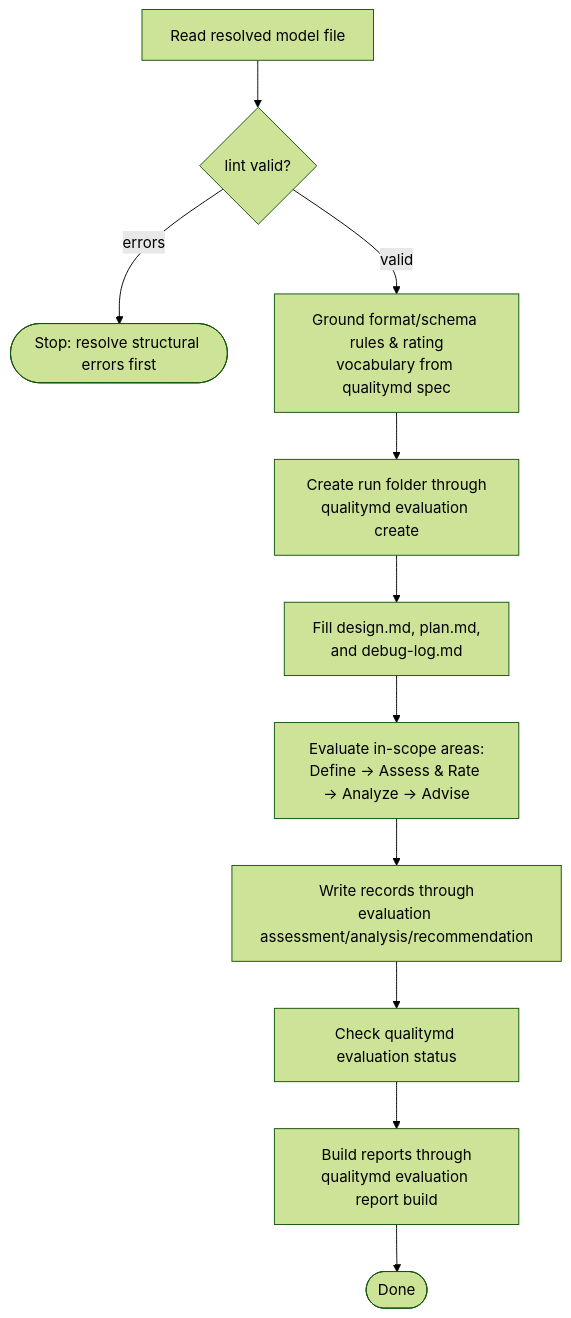
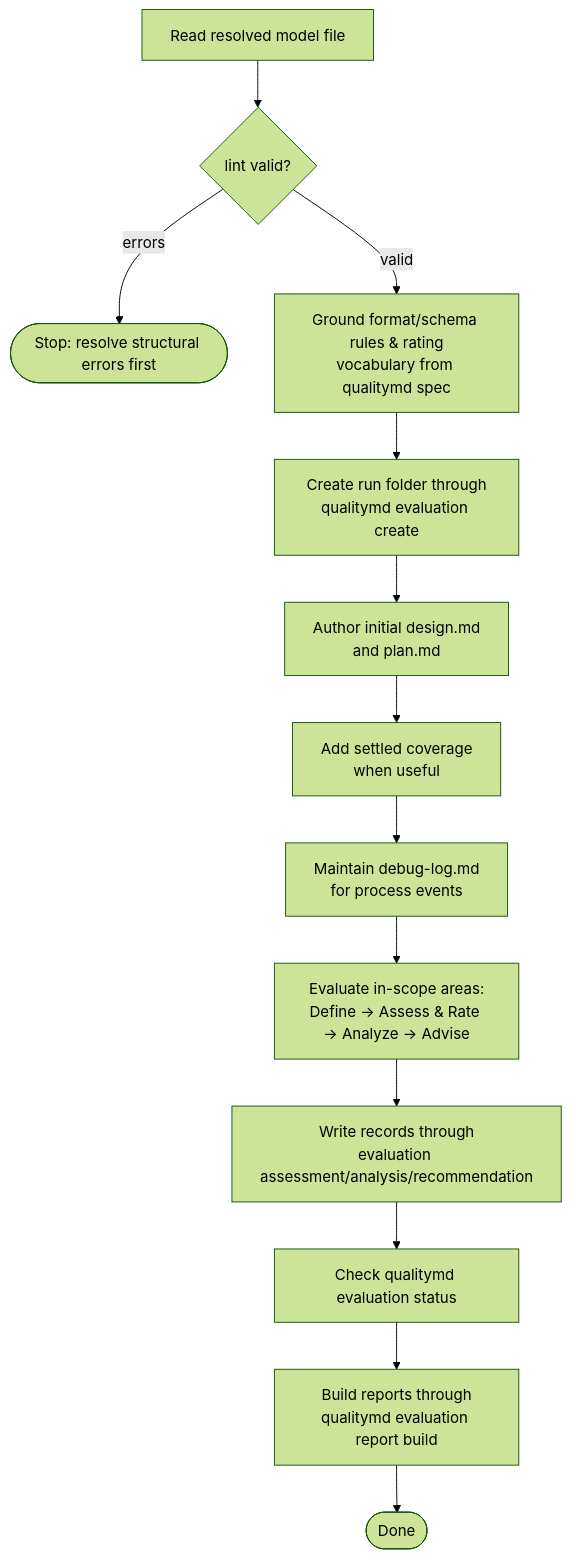
One commit to qualitymd/quality.md changed the diagram in specs/skills/quality-skill/evaluation.md. Above: the diagram before and after it, drawn with Mermaid (forest theme). The commit also changed other lines of this file and 20 other files, not shown here.

````diff
--- a/specs/skills/quality-skill/evaluation.md
+++ b/specs/skills/quality-skill/evaluation.md
@@ -48,13 +48,15 @@
 ```mermaid
 flowchart TD
     Read[Read resolved model file] --> Lint{lint valid?}
     Lint -->|errors| Stop([Stop: resolve structural errors first])
     Lint -->|valid| Ground[Ground format/schema rules &amp; rating<br/>vocabulary from qualitymd spec]
     Ground --> Run[Create run folder through<br/>qualitymd evaluation create]
-    Run --> Plan[Fill design.md, plan.md,<br/>and debug-log.md]
-    Plan --> Eval[Evaluate in-scope areas:<br/>Define → Assess &amp; Rate → Analyze → Advise]
+    Run --> Plan[Author initial design.md<br/>and plan.md]
+    Plan --> Coverage[Add settled coverage<br/>when useful]
+    Coverage --> Log[Maintain debug-log.md<br/>for process events]
+    Log --> Eval[Evaluate in-scope areas:<br/>Define → Assess &amp; Rate → Analyze → Advise]
     Eval --> Records[Write records through<br/>evaluation assessment/analysis/recommendation]
     Records --> Status[Check qualitymd evaluation status]
     Status --> Report[Build reports through<br/>qualitymd evaluation report build]
     Report --> Done([Done])
 ```
````
